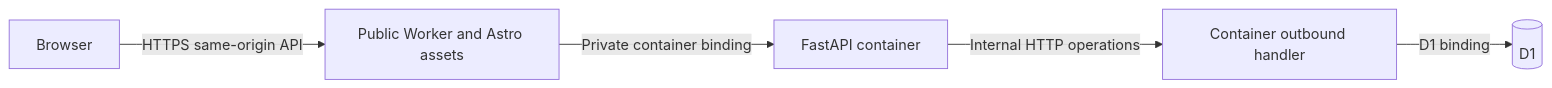
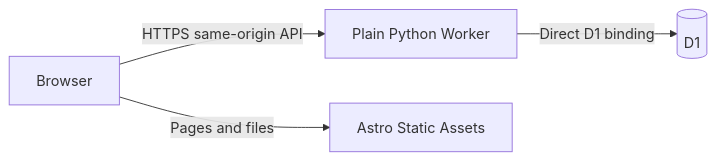
The diagram in .agent/08-d1-migration.md (snkbeak/kanban), drawn with Mermaid before and after one commit. The commit also changed other lines of this file and 12 other files, not shown here.

Commit message:
update plan to d1 + python worker, remove fastapi and container

````diff
--- a/.agent/08-d1-migration.md
+++ b/.agent/08-d1-migration.md
@@ -17,7 +17,6 @@
 ```mermaid
 flowchart LR
-    Browser -->|HTTPS same-origin API| Worker[Public Worker and Astro assets]
-    Worker -->|Private container binding| API[FastAPI container]
-    API -->|Internal HTTP operations| Adapter[Container outbound handler]
-    Adapter -->|D1 binding| DB[(D1)]
+    Browser -->|HTTPS same-origin API| Worker[Plain Python Worker]
+    Browser -->|Pages and files| Assets[Astro Static Assets]
+    Worker -->|Direct D1 binding| DB[(D1)]
 ```
````
